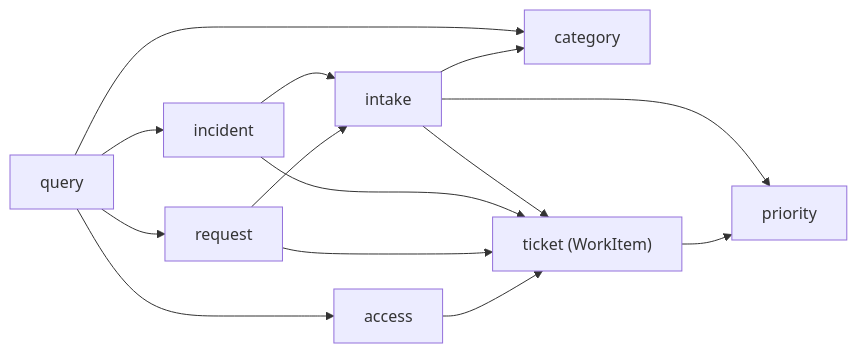
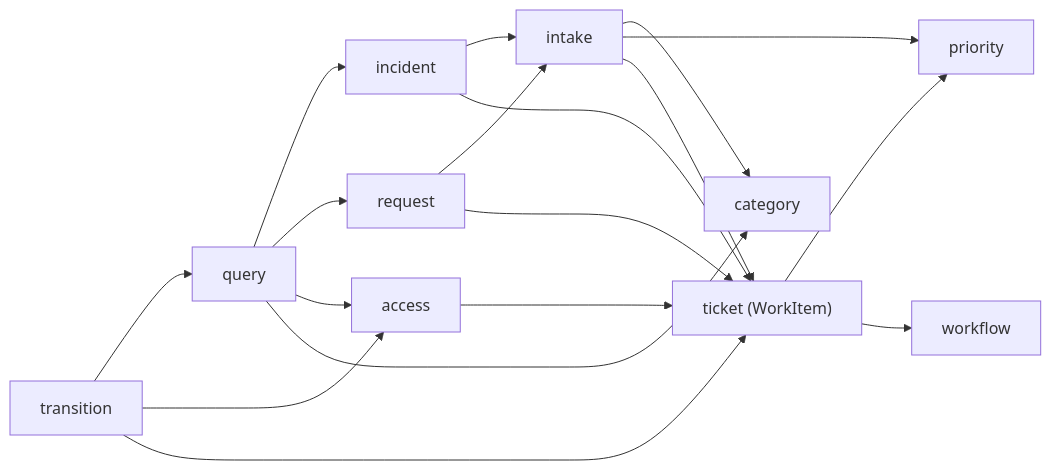
The second of 5 diagrams in docs/architecture.md (Adebozz/enterprise-service-management), drawn with Mermaid before and after one commit. The commit also changed other lines of this file and 31 other files, not shown here.

````diff
--- a/docs/architecture.md
+++ b/docs/architecture.md
@@ -59,8 +59,9 @@
 ```mermaid
 flowchart LR
+    transition --> query & access & core
     query --> incident & request & access & category
     incident & request --> intake
     intake --> category & priority & core["ticket (WorkItem)"]
     incident & request & access --> core
-    core --> priority
+    core --> priority & workflow
 ```
````
